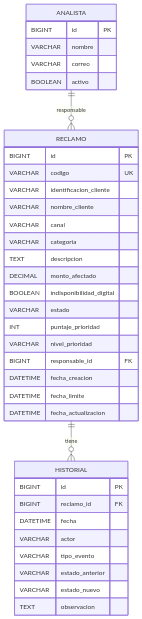
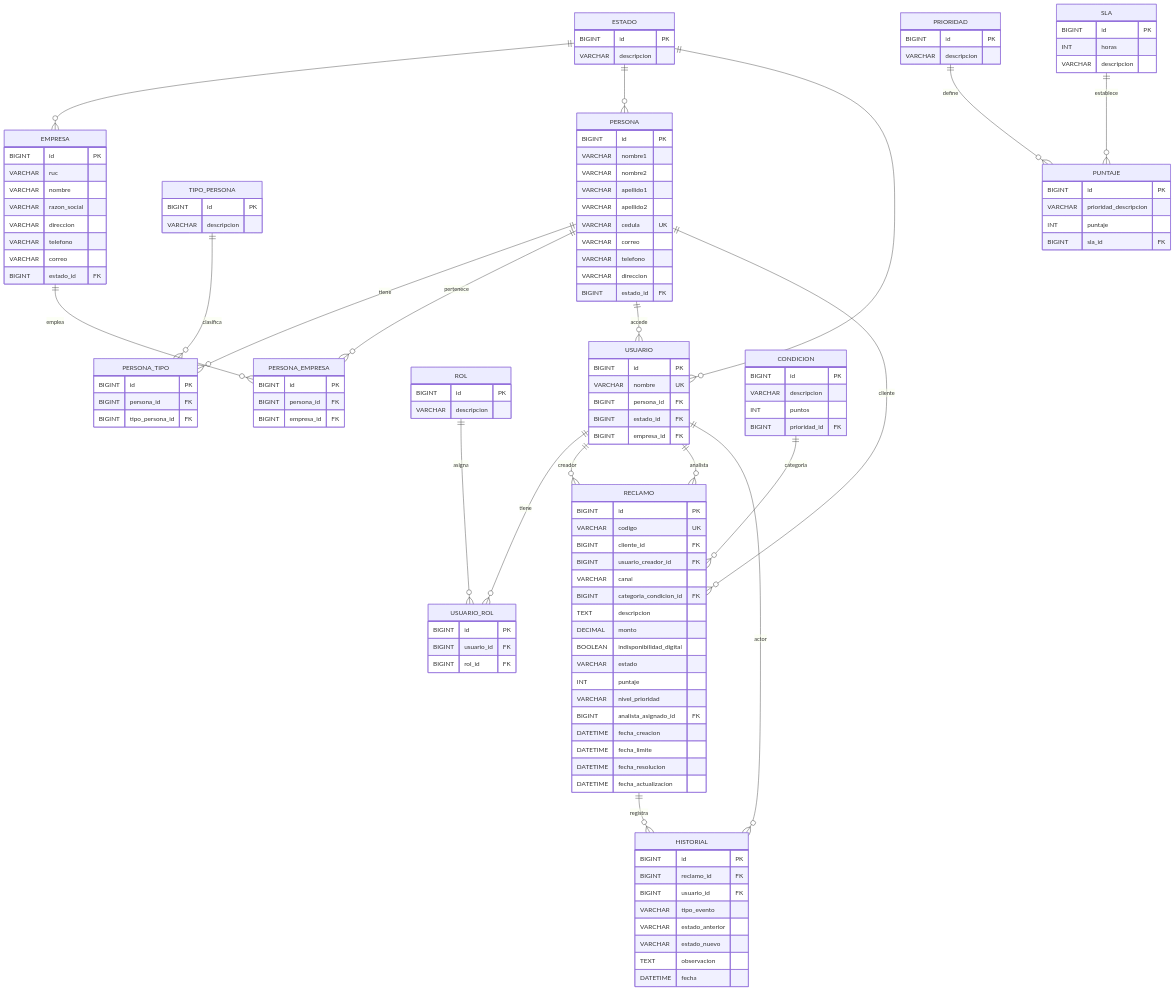
One commit to jacksonandresrosales-collab/FinResolve changed the diagram in docs/implementation_plan.md. Above: the diagram before and after it, drawn with Mermaid. The commit also changed other lines of this file, not shown here.

````diff
--- a/docs/implementation_plan.md
+++ b/docs/implementation_plan.md
@@ -33,42 +53,142 @@
 ```mermaid
 erDiagram
-    ANALISTA {
+    EMPRESA {
         BIGINT id PK
+        VARCHAR ruc
         VARCHAR nombre
+        VARCHAR razon_social
+        VARCHAR direccion
+        VARCHAR telefono
         VARCHAR correo
-        BOOLEAN activo
+        BIGINT estado_id FK
+    }
+
+    TIPO_PERSONA {
+        BIGINT id PK
+        VARCHAR descripcion
+    }
+
+    PERSONA {
+        BIGINT id PK
+        VARCHAR nombre1
+        VARCHAR nombre2
+        VARCHAR apellido1
+        VARCHAR apellido2
+        VARCHAR cedula UK
+        VARCHAR correo
+        VARCHAR telefono
+        VARCHAR direccion
+        BIGINT estado_id FK
+    }
+
+    PERSONA_TIPO {
+        BIGINT id PK
+        BIGINT persona_id FK
+        BIGINT tipo_persona_id FK
+    }
+
+    PERSONA_EMPRESA {
+        BIGINT id PK
+        BIGINT persona_id FK
+        BIGINT empresa_id FK
+    }
+
+    ROL {
+        BIGINT id PK
+        VARCHAR descripcion
+    }
+
+    USUARIO {
+        BIGINT id PK
+        VARCHAR nombre UK
+        BIGINT persona_id FK
+        BIGINT estado_id FK
+        BIGINT empresa_id FK
+    }
+
+    USUARIO_ROL {
+        BIGINT id PK
+        BIGINT usuario_id FK
+        BIGINT rol_id FK
+    }
+
+    PRIORIDAD {
+        BIGINT id PK
+        VARCHAR descripcion
+    }
+
+    SLA {
+        BIGINT id PK
+        INT horas
+        VARCHAR descripcion
+    }
+
+    PUNTAJE {
+        BIGINT id PK
+        VARCHAR prioridad_descripcion
+        INT puntaje
+        BIGINT sla_id FK
+    }
+
+    CONDICION {
+        BIGINT id PK
+        VARCHAR descripcion
+        INT puntos
+        BIGINT prioridad_id FK
     }
 
     RECLAMO {
         BIGINT id PK
         VARCHAR codigo UK
-        VARCHAR identificacion_cliente
-        VARCHAR nombre_cliente
+        BIGINT cliente_id FK
+        BIGINT usuario_creador_id FK
         VARCHAR canal
-        VARCHAR categoria
+        BIGINT categoria_condicion_id FK
         TEXT descripcion
-        DECIMAL monto_afectado
+        DECIMAL monto
         BOOLEAN indisponibilidad_digital
         VARCHAR estado
-        INT puntaje_prioridad
+        INT puntaje
         VARCHAR nivel_prioridad
-        BIGINT responsable_id FK
+        BIGINT analista_asignado_id FK
         DATETIME fecha_creacion
         DATETIME fecha_limite
+        DATETIME fecha_resolucion
         DATETIME fecha_actualizacion
     }
 
     HISTORIAL {
         BIGINT id PK
         BIGINT reclamo_id FK
-        DATETIME fecha
-        VARCHAR actor
+        BIGINT usuario_id FK
         VARCHAR tipo_evento
         VARCHAR estado_anterior
         VARCHAR estado_nuevo
         TEXT observacion
+        DATETIME fecha
     }
 
-    ANALISTA ||--o{ RECLAMO : "responsable"
-    RECLAMO ||--o{ HISTORIAL : "tiene"
+    ESTADO {
+        BIGINT id PK
+        VARCHAR descripcion
+    }
+
+    PERSONA ||--o{ PERSONA_TIPO : "tiene"
+    TIPO_PERSONA ||--o{ PERSONA_TIPO : "clasifica"
+    PERSONA ||--o{ PERSONA_EMPRESA : "pertenece"
+    EMPRESA ||--o{ PERSONA_EMPRESA : "emplea"
+    PERSONA ||--o{ USUARIO : "accede"
+    USUARIO ||--o{ USUARIO_ROL : "tiene"
+    ROL ||--o{ USUARIO_ROL : "asigna"
+    PERSONA ||--o{ RECLAMO : "cliente"
+    USUARIO ||--o{ RECLAMO : "creador"
+    USUARIO ||--o{ RECLAMO : "analista"
+    RECLAMO ||--o{ HISTORIAL : "registra"
+    USUARIO ||--o{ HISTORIAL : "actor"
+    CONDICION ||--o{ RECLAMO : "categoria"
+    PRIORIDAD ||--o{ PUNTAJE : "define"
+    SLA ||--o{ PUNTAJE : "establece"
+    ESTADO ||--o{ EMPRESA : ""
+    ESTADO ||--o{ PERSONA : ""
+    ESTADO ||--o{ USUARIO : ""
 ```
````
